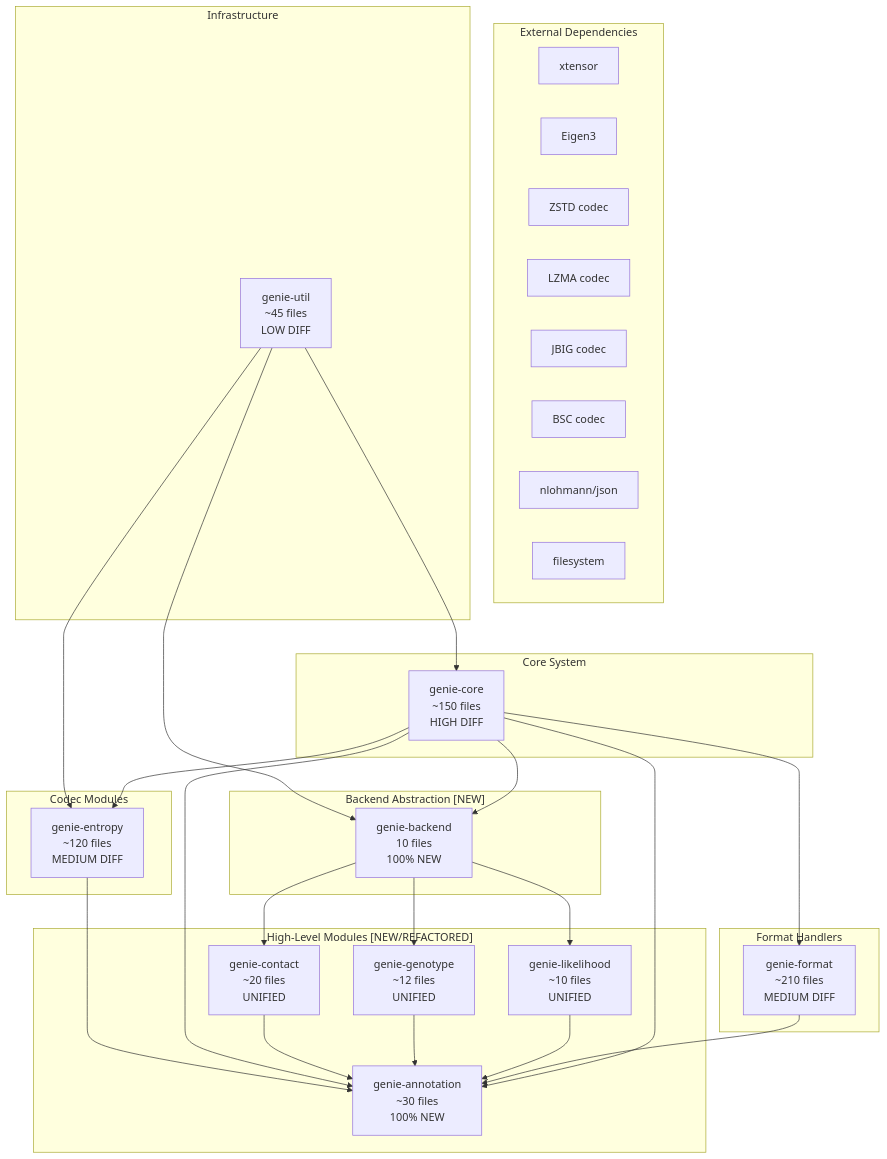
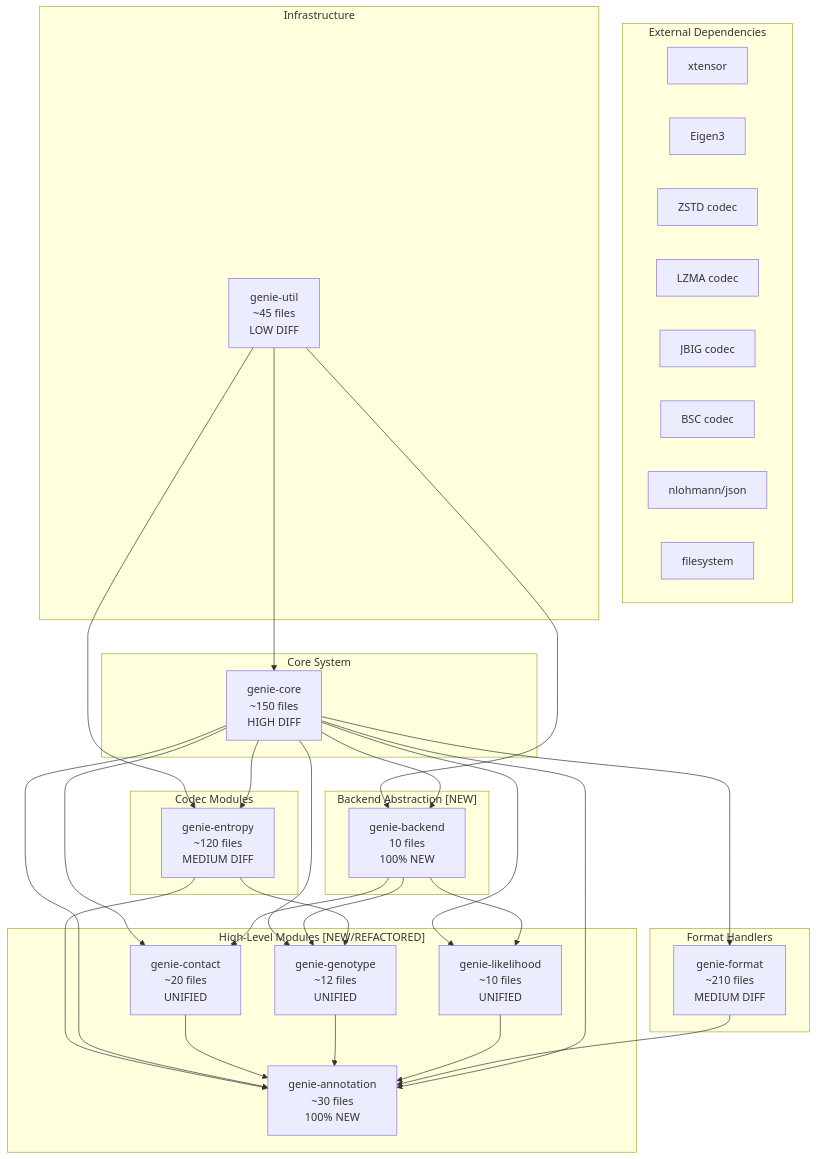
The first of 3 diagrams in docs/tasks/active/2026-04-27-merge-develop-part6-to-develop.md (MueFab/genie), drawn with Mermaid before and after one commit. The commit also changed other lines of this file and 88 other files, not shown here.

````diff
--- a/docs/tasks/active/2026-04-27-merge-develop-part6-to-develop.md
+++ b/docs/tasks/active/2026-04-27-merge-develop-part6-to-develop.md
@@ -64,62 +119,66 @@
 ```mermaid
 flowchart TD
     subgraph "External Dependencies"
         XTENSOR[xtensor]
         EIGEN[Eigen3]
         ZSTD[ZSTD codec]
         LZMA[LZMA codec]
         JBIG[JBIG codec]
         BSC[BSC codec]
-        JSON[nlohmann/json]
+        JSON["nlohmann/json"]
         FS[filesystem]
     end
 
     subgraph "Infrastructure"
-        UTIL[genie-util<br/>~45 files<br/>LOW DIFF]
+        UTIL["genie-util<br/>~45 files<br/>LOW DIFF"]
     end
 
     subgraph "Core System"
-        CORE[genie-core<br/>~150 files<br/>HIGH DIFF]
+        CORE["genie-core<br/>~150 files<br/>HIGH DIFF"]
     end
 
     subgraph "Backend Abstraction [NEW]"
-        BACKEND[genie-backend<br/>10 files<br/>100% NEW]
+        BACKEND["genie-backend<br/>10 files<br/>100% NEW"]
     end
 
     subgraph "Codec Modules"
-        ENTROPY[genie-entropy<br/>~120 files<br/>MEDIUM DIFF]
+        ENTROPY["genie-entropy<br/>~120 files<br/>MEDIUM DIFF"]
     end
 
     subgraph "Format Handlers"
-        FORMAT[genie-format<br/>~210 files<br/>MEDIUM DIFF]
+        FORMAT["genie-format<br/>~210 files<br/>MEDIUM DIFF"]
     end
 
     subgraph "High-Level Modules [NEW/REFACTORED]"
-        CONTACT[genie-contact<br/>~20 files<br/>UNIFIED]
-        GENOTYPE[genie-genotype<br/>~12 files<br/>UNIFIED]
-        LIKELIHOOD[genie-likelihood<br/>~10 files<br/>UNIFIED]
-        ANNOTATION[genie-annotation<br/>~30 files<br/>100% NEW]
+        CONTACT["genie-contact<br/>~20 files<br/>UNIFIED"]
+        GENOTYPE["genie-genotype<br/>~12 files<br/>UNIFIED"]
+        LIKELIHOOD["genie-likelihood<br/>~10 files<br/>UNIFIED"]
+        ANNOTATION["genie-annotation<br/>~30 files<br/>100% NEW"]
     end
 
     UTIL --> CORE
     UTIL --> BACKEND
     UTIL --> ENTROPY
 
     CORE --> BACKEND
     CORE --> ENTROPY
     CORE --> FORMAT
+    CORE --> CONTACT
+    CORE --> GENOTYPE
+    CORE --> LIKELIHOOD
 
     BACKEND --> CONTACT
     BACKEND --> GENOTYPE
     BACKEND --> LIKELIHOOD
 
+    ENTROPY --> GENOTYPE
     ENTROPY --> ANNOTATION
     CORE --> ANNOTATION
 
     CONTACT --> ANNOTATION
     GENOTYPE --> ANNOTATION
     LIKELIHOOD --> ANNOTATION
 
     FORMAT --> ANNOTATION
     CORE --> ANNOTATION
 ```
````
